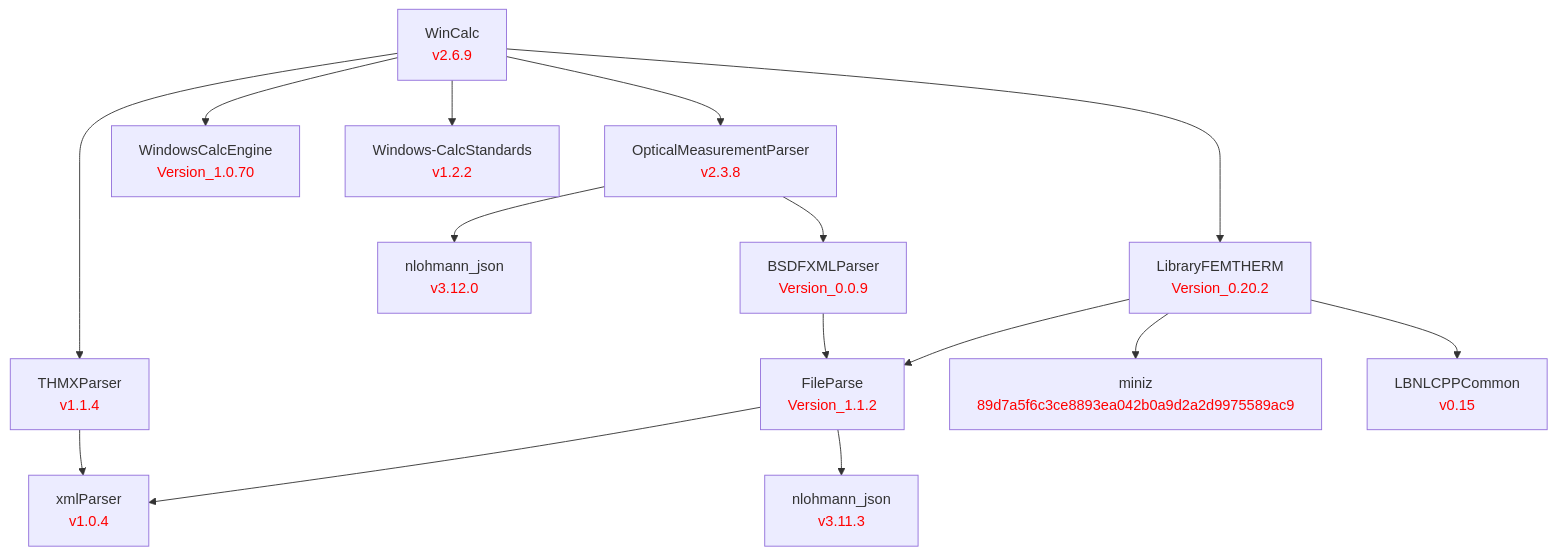
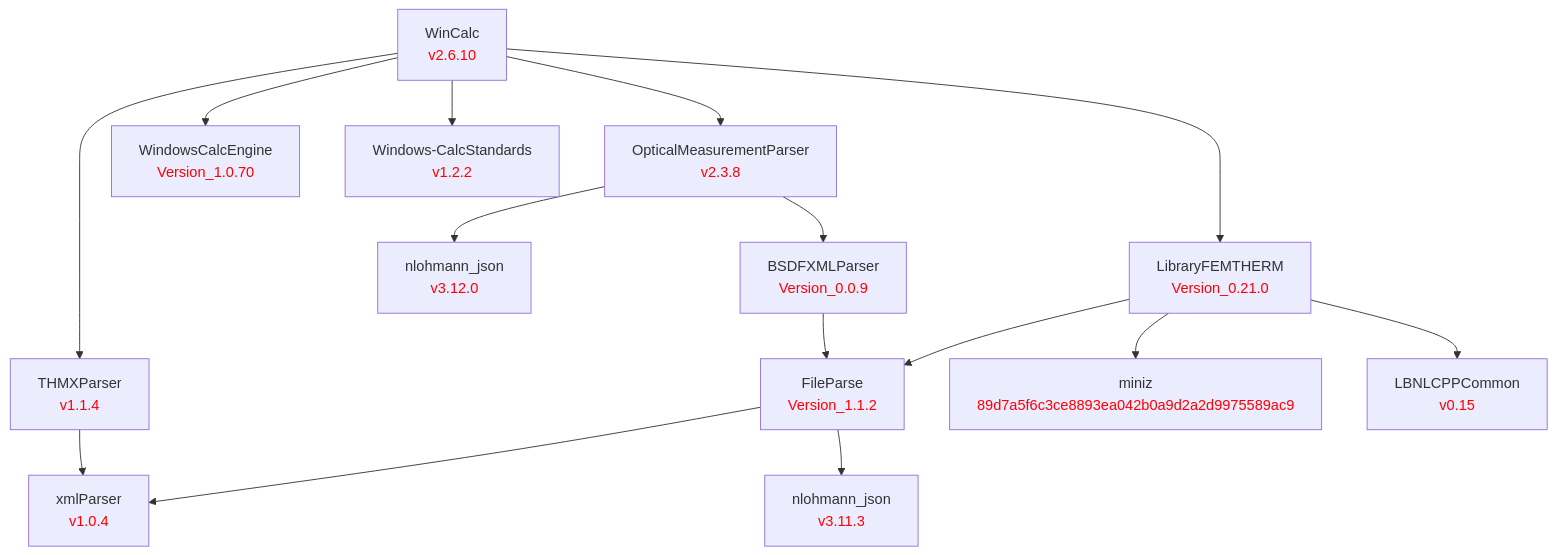
Before and after one commit to LBNL-ETA/WinCalc: the diagram in doc/WinCalc.md, drawn with Mermaid. The commit also changed 1 other file, not shown here.

Commit message:
Bump to 2.6.10; pin LibraryFEMTherm Version_0.21.0

````diff
--- a/doc/WinCalc.md
+++ b/doc/WinCalc.md
@@ -1,49 +1,49 @@
 ```mermaid
 graph TD
     %% Level 0
-    WinCalc[WinCalc<br/><font color='red'>v2.6.9</font>]
+    WinCalc[WinCalc<br/><font color='red'>v2.6.10</font>]
 
     %% Level 1 - direct dependencies
     OpticalMeasurementParser[OpticalMeasurementParser<br/><font color='red'>v2.3.8</font>]
     THMXParser[THMXParser<br/><font color='red'>v1.1.4</font>]
     WindowsCalcEngine[WindowsCalcEngine<br/><font color='red'>Version_1.0.70</font>]
     Windows-CalcStandards[Windows-CalcStandards<br/><font color='red'>v1.2.2</font>]
-    LibraryFEMTHERM[LibraryFEMTHERM<br/><font color='red'>Version_0.20.2</font>]
+    LibraryFEMTHERM[LibraryFEMTHERM<br/><font color='red'>Version_0.21.0</font>]
 
     %% Level 2
     nlohmann_omp[nlohmann_json<br/><font color='red'>v3.12.0</font>]
     BSDFXMLParser[BSDFXMLParser<br/><font color='red'>Version_0.0.9</font>]
     FileParse[FileParse<br/><font color='red'>Version_1.1.2</font>]
     miniz[miniz<br/><font color='red'>89d7a5f6c3ce8893ea042b0a9d2a2d9975589ac9</font>]
     LBNLCPPCommon[LBNLCPPCommon<br/><font color='red'>v0.15</font>]
 
     %% Level 3
     xmlParser[xmlParser<br/><font color='red'>v1.0.4</font>]
     nlohmann_fp[nlohmann_json<br/><font color='red'>v3.11.3</font>]
 
     %% WinCalc dependencies
     WinCalc --> OpticalMeasurementParser
     WinCalc --> THMXParser
     WinCalc --> WindowsCalcEngine
     WinCalc --> Windows-CalcStandards
     WinCalc --> LibraryFEMTHERM
 
     %% OpticalMeasurementParser dependencies
     OpticalMeasurementParser --> nlohmann_omp
     OpticalMeasurementParser --> BSDFXMLParser
 
     %% LibraryFEMTHERM dependencies
     LibraryFEMTHERM --> FileParse
     LibraryFEMTHERM --> miniz
     LibraryFEMTHERM --> LBNLCPPCommon
 
     %% BSDFXMLParser dependencies
     BSDFXMLParser --> FileParse
 
     %% FileParse dependencies
     FileParse --> xmlParser
     FileParse --> nlohmann_fp
 
     %% THMXParser dependencies
     THMXParser --> xmlParser
 ```
````
